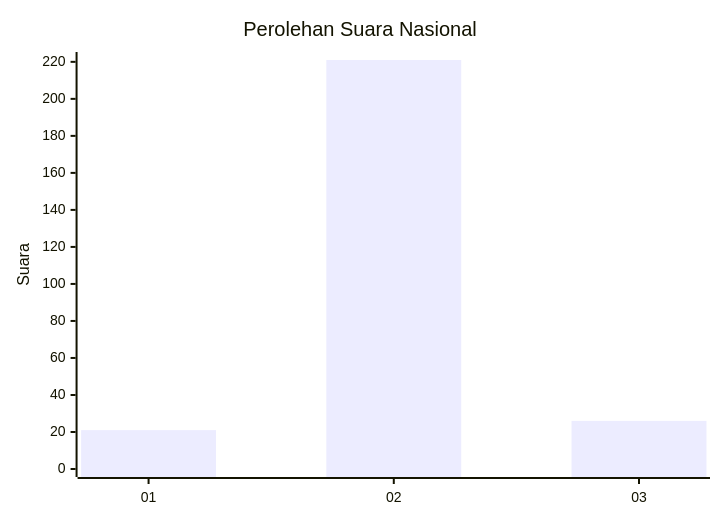
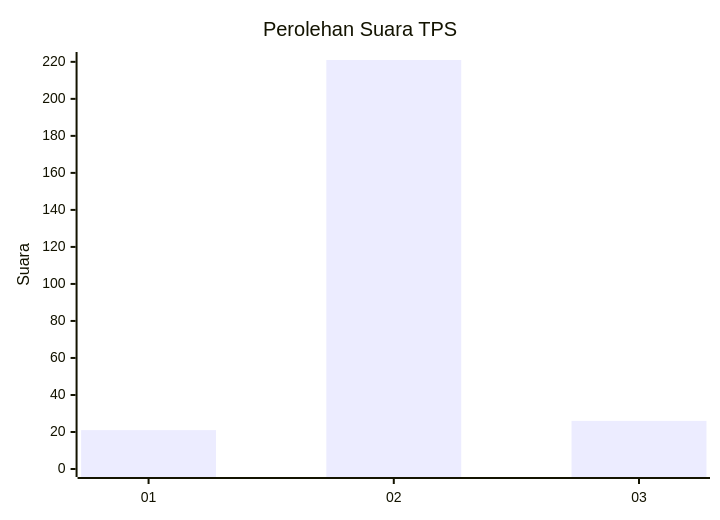
Before and after one commit to gigit-pemilu/pemilu-2024-94-papua-tengah: the first of 2 diagrams in pilpres/hitung-suara/sub/94-papua-tengah/sub/01-nabire/sub/01-nabire/sub/1002-kali-bobo/sub/012-tps/README.md, drawn with Mermaid. The commit also changed other lines of this file and 201 other files, not shown here.

````diff
--- a/pilpres/hitung-suara/sub/94-papua-tengah/sub/01-nabire/sub/01-nabire/sub/1002-kali-bobo/sub/012-tps/README.md
+++ b/pilpres/hitung-suara/sub/94-papua-tengah/sub/01-nabire/sub/01-nabire/sub/1002-kali-bobo/sub/012-tps/README.md
@@ -5,7 +5,7 @@
 ```mermaid
 xychart-beta
-    title "Perolehan Suara Nasional"
+    title "Perolehan Suara TPS"
     x-axis [01, 02, 03]
     y-axis "Suara" 0 --> 221
     bar [21, 221, 26]
 ```
````
